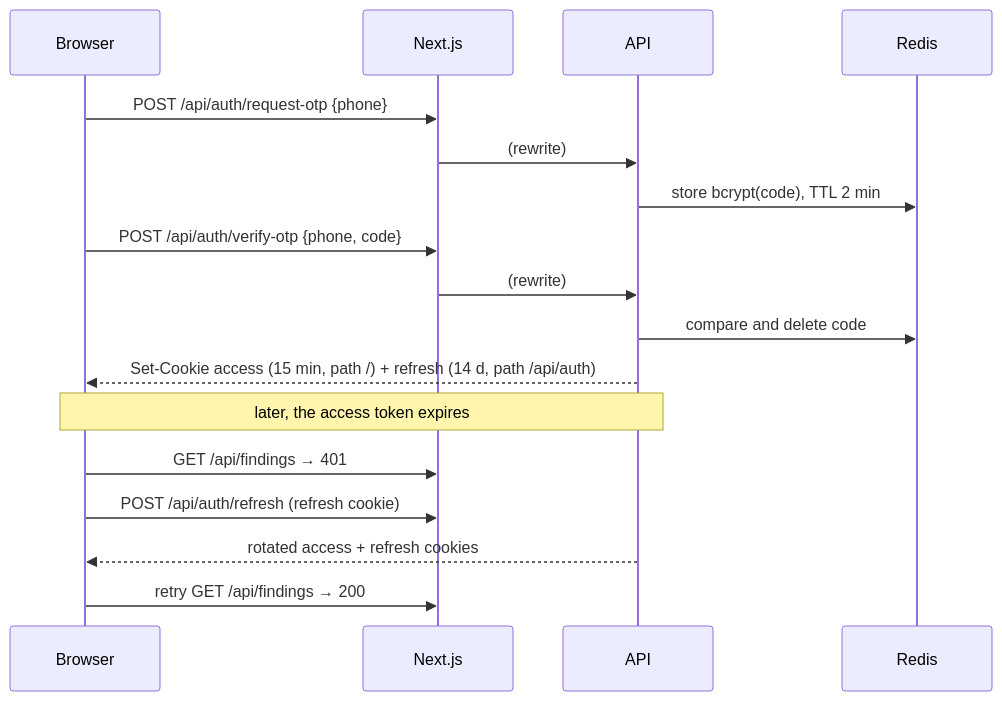
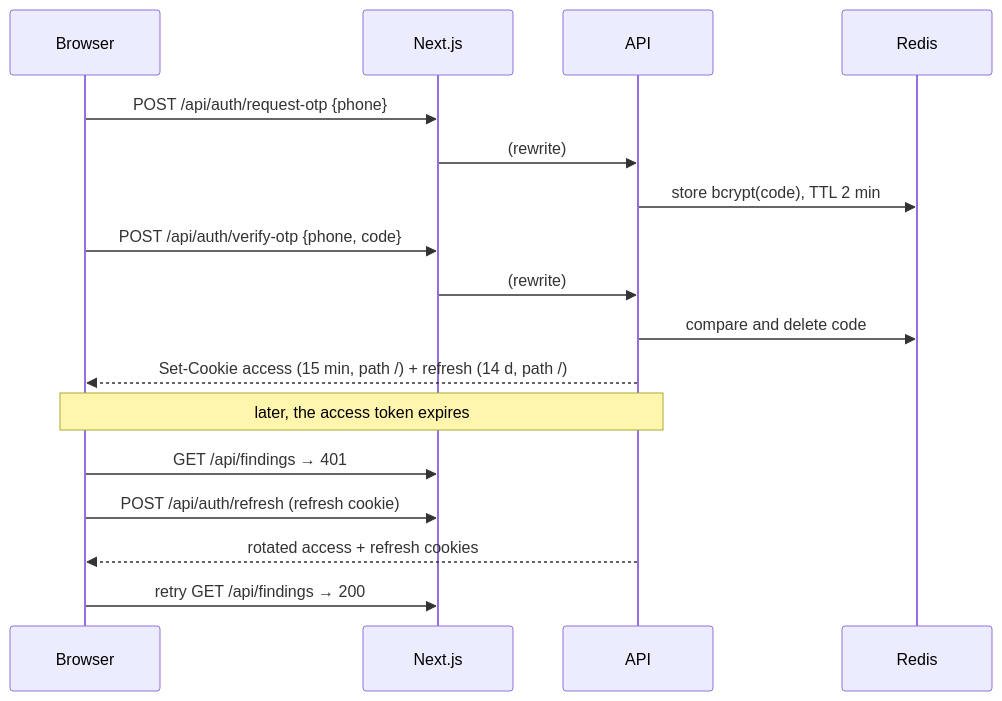
Before and after one commit to Rezaabdollahi7/Multi-Tenant-Assessment: the third of 4 diagrams in docs/ARCHITECTURE.md, drawn with Mermaid. The commit also changed other lines of this file and 32 other files, not shown here.

````diff
--- a/docs/ARCHITECTURE.md
+++ b/docs/ARCHITECTURE.md
@@ -77,19 +77,19 @@
 ```mermaid
 sequenceDiagram
     participant B as Browser
     participant W as Next.js
     participant A as API
     participant R as Redis
     B->>W: POST /api/auth/request-otp {phone}
     W->>A: (rewrite)
     A->>R: store bcrypt(code), TTL 2 min
     B->>W: POST /api/auth/verify-otp {phone, code}
     W->>A: (rewrite)
     A->>R: compare and delete code
-    A-->>B: Set-Cookie access (15 min, path /) + refresh (14 d, path /api/auth)
+    A-->>B: Set-Cookie access (15 min, path /) + refresh (14 d, path /)
     Note over B,A: later, the access token expires
     B->>W: GET /api/findings → 401
     B->>W: POST /api/auth/refresh (refresh cookie)
     A-->>B: rotated access + refresh cookies
     B->>W: retry GET /api/findings → 200
 ```
````
